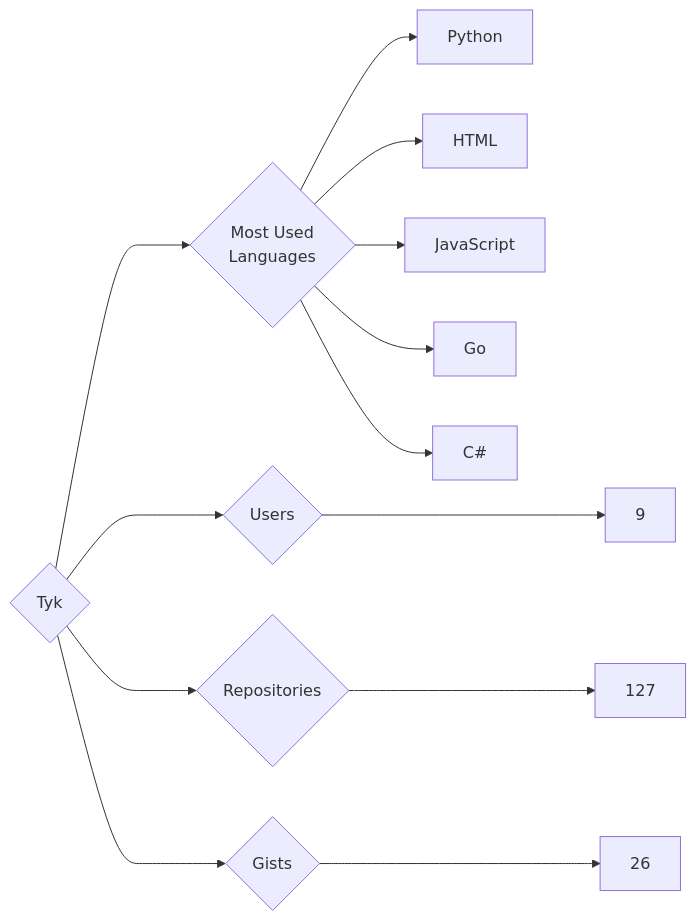
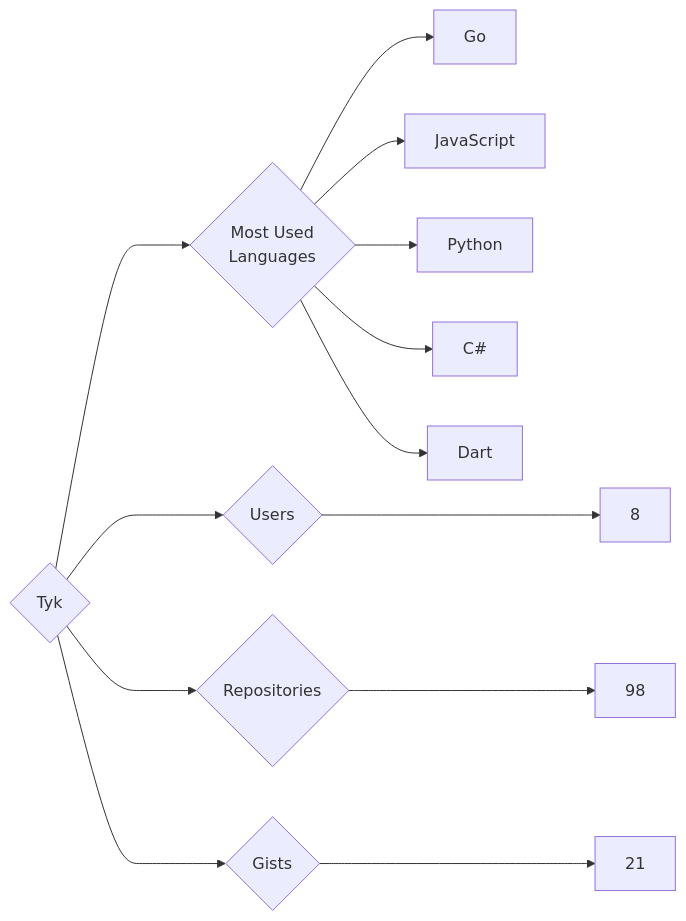
One commit to trickest/insiders changed the diagram in targets/Tyk/README.md. Above: the diagram before and after it, drawn with Mermaid. The commit also changed 953 other files, not shown here.

````diff
--- a/targets/Tyk/README.md
+++ b/targets/Tyk/README.md
@@ -3,13 +3,13 @@
 ```mermaid
 graph LR
 COMPANY_NAME{Tyk}
-COMPANY_NAME ---> U{Users} ---> UN[9]
-COMPANY_NAME ---> R{Repositories} ---> RN[127]
-COMPANY_NAME ---> G{Gists} ---> GN[26]
+COMPANY_NAME ---> U{Users} ---> UN[8]
+COMPANY_NAME ---> R{Repositories} ---> RN[98]
+COMPANY_NAME ---> G{Gists} ---> GN[21]
 COMPANY_NAME ---> ML{Most Used<br>Languages}
+ML --> Go[Go]
+ML --> JavaScript[JavaScript]
 ML --> Python[Python]
-ML --> HTML[HTML]
-ML --> JavaScript[JavaScript]
-ML --> Go[Go]
 ML --> C#[C#]
+ML --> Dart[Dart]
 ```
````
